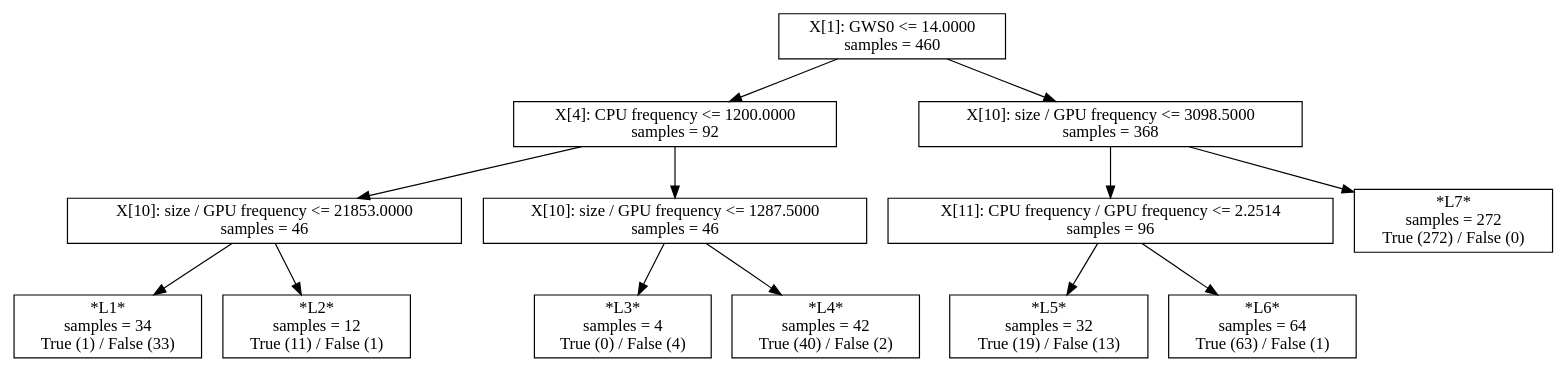
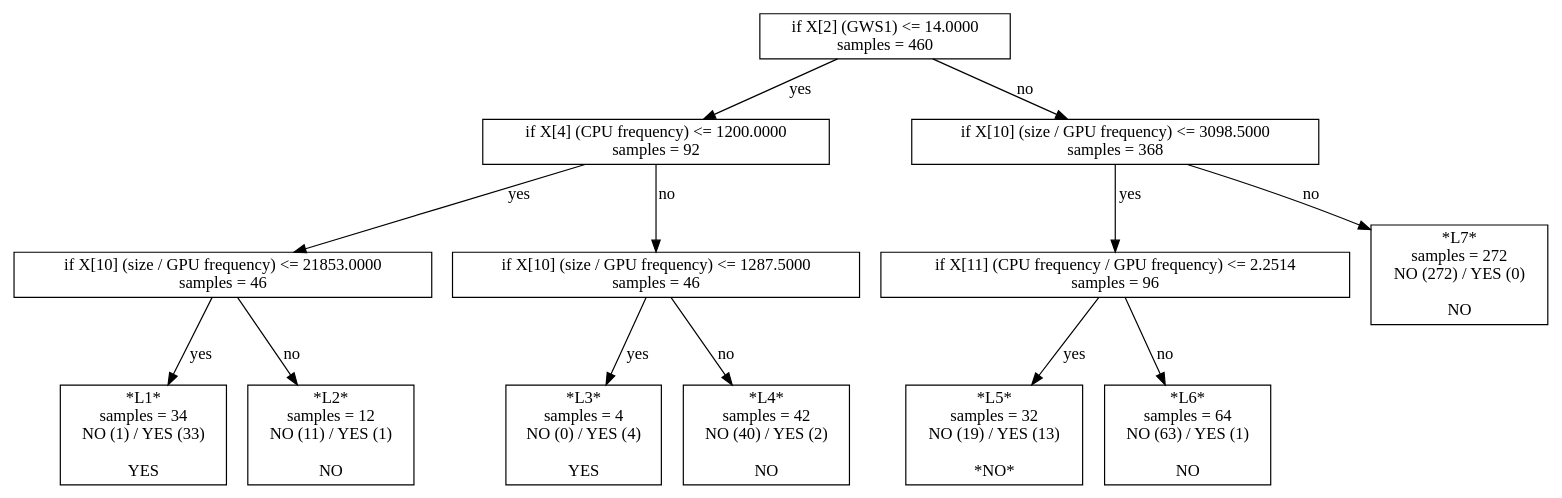
The diagram in script/reproduce-hog-modeling/t628-third-set-of-features-depth3/model-sklearn-dtc.model.dot (ctuning/reproduce-ck-paper-large-experiments), drawn with Graphviz before and after one commit. The commit also changed 199 other files, not shown here.

```diff
--- a/script/reproduce-hog-modeling/t628-third-set-of-features-depth3/model-sklearn-dtc.model.dot
+++ b/script/reproduce-hog-modeling/t628-third-set-of-features-depth3/model-sklearn-dtc.model.dot
@@ -1,27 +1,27 @@
 digraph Tree {
-0 [label="X[1]: GWS0 <= 14.0000\nsamples = 460", shape="box"] ;
-1 [label="X[4]: CPU frequency <= 1200.0000\nsamples = 92", shape="box"] ;
-0 -> 1 ;
-2 [label="X[10]: size / GPU frequency <= 21853.0000\nsamples = 46", shape="box"] ;
-1 -> 2 ;
-3 [label="*L1*\nsamples = 34\nTrue (1) / False (33)", shape="box"] ;
-2 -> 3 ;
-4 [label="*L2*\nsamples = 12\nTrue (11) / False (1)", shape="box"] ;
-2 -> 4 ;
-5 [label="X[10]: size / GPU frequency <= 1287.5000\nsamples = 46", shape="box"] ;
-1 -> 5 ;
-6 [label="*L3*\nsamples = 4\nTrue (0) / False (4)", shape="box"] ;
-5 -> 6 ;
-7 [label="*L4*\nsamples = 42\nTrue (40) / False (2)", shape="box"] ;
-5 -> 7 ;
-8 [label="X[10]: size / GPU frequency <= 3098.5000\nsamples = 368", shape="box"] ;
-0 -> 8 ;
-9 [label="X[11]: CPU frequency / GPU frequency <= 2.2514\nsamples = 96", shape="box"] ;
-8 -> 9 ;
-10 [label="*L5*\nsamples = 32\nTrue (19) / False (13)", shape="box"] ;
-9 -> 10 ;
-11 [label="*L6*\nsamples = 64\nTrue (63) / False (1)", shape="box"] ;
-9 -> 11 ;
-12 [label="*L7*\nsamples = 272\nTrue (272) / False (0)", shape="box"] ;
-8 -> 12 ;
+0 [label="if X[2] (GWS1) <= 14.0000\nsamples = 460", shape="box"] ;
+1 [label="if X[4] (CPU frequency) <= 1200.0000\nsamples = 92", shape="box"] ;
+0 -> 1 [label="yes"];
+2 [label="if X[10] (size / GPU frequency) <= 21853.0000\nsamples = 46", shape="box"] ;
+1 -> 2 [label="yes"];
+3 [label="*L1*\nsamples = 34\nNO (1) / YES (33)\n\nYES", shape="box"] ;
+2 -> 3 [label="yes"];
+4 [label="*L2*\nsamples = 12\nNO (11) / YES (1)\n\nNO", shape="box"] ;
+2 -> 4 [label="no"];
+5 [label="if X[10] (size / GPU frequency) <= 1287.5000\nsamples = 46", shape="box"] ;
+1 -> 5 [label="no"];
+6 [label="*L3*\nsamples = 4\nNO (0) / YES (4)\n\nYES", shape="box"] ;
+5 -> 6 [label="yes"];
+7 [label="*L4*\nsamples = 42\nNO (40) / YES (2)\n\nNO", shape="box"] ;
+5 -> 7 [label="no"];
+8 [label="if X[10] (size / GPU frequency) <= 3098.5000\nsamples = 368", shape="box"] ;
+0 -> 8 [label="no"];
+9 [label="if X[11] (CPU frequency / GPU frequency) <= 2.2514\nsamples = 96", shape="box"] ;
+8 -> 9 [label="yes"];
+10 [label="*L5*\nsamples = 32\nNO (19) / YES (13)\n\n*NO*", shape="box"] ;
+9 -> 10 [label="yes"];
+11 [label="*L6*\nsamples = 64\nNO (63) / YES (1)\n\nNO", shape="box"] ;
+9 -> 11 [label="no"];
+12 [label="*L7*\nsamples = 272\nNO (272) / YES (0)\n\nNO", shape="box"] ;
+8 -> 12 [label="no"];
 }
```
